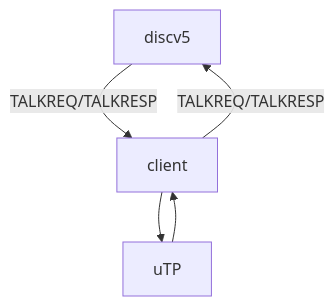
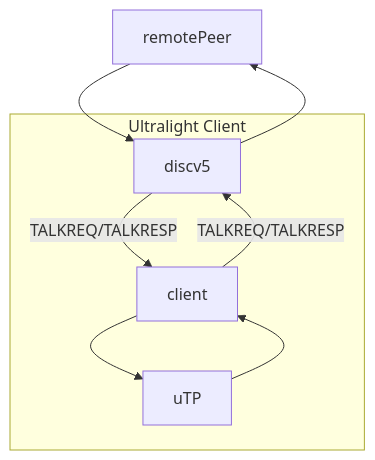
The first of 4 diagrams in packages/portalnetwork/ARCHITECTURE.md (ethereumjs/ultralight), drawn with Mermaid before and after one commit. The commit also changed other lines of this file, not shown here.

Commit message:
More tweaks

````diff
--- a/packages/portalnetwork/ARCHITECTURE.md
+++ b/packages/portalnetwork/ARCHITECTURE.md
@@ -7,7 +7,11 @@
 ```mermaid
     graph TD
+        remotePeer --> discv5
+        discv5 --> remotePeer
+        subgraph Ultralight Client
         discv5--TALKREQ/TALKRESP --> client
         client--TALKREQ/TALKRESP --> discv5
         client --> uTP
         uTP --> client
+        end
 ```
````
